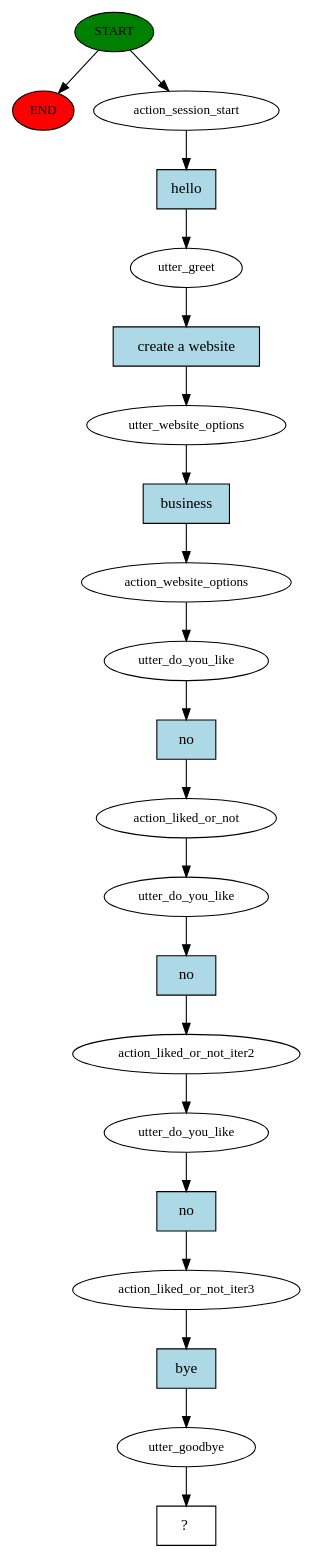
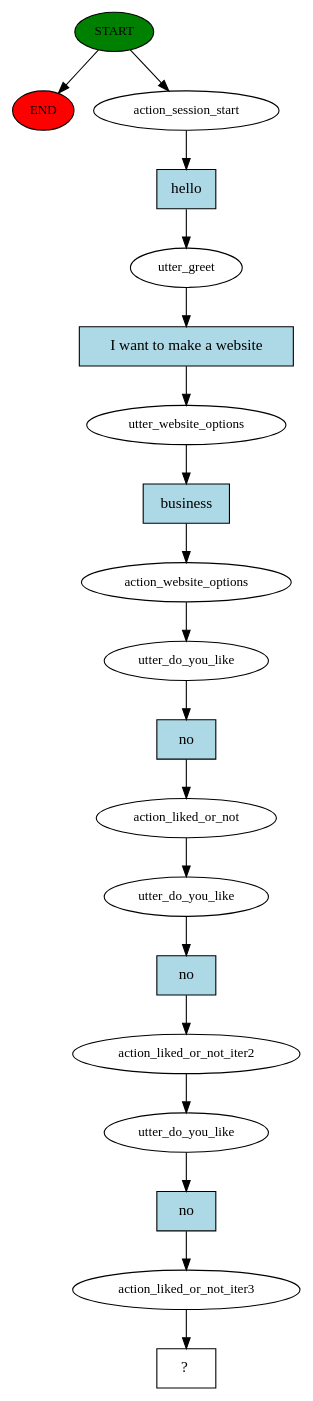
One commit to swetabhmukherjee/gideon-rasa-bot changed the diagram in story_graph.dot. Above: the diagram before and after it, drawn with Graphviz. The commit also changed 18 other files, not shown here.

```diff
--- a/story_graph.dot
+++ b/story_graph.dot
@@ -1,43 +1,39 @@
 digraph  {
 0 [class="start active", fillcolor=green, fontsize=12, label=START, style=filled];
 "-1" [class=end, fillcolor=red, fontsize=12, label=END, style=filled];
 1 [class=active, fontsize=12, label=action_session_start];
 2 [class=active, fontsize=12, label=utter_greet];
 3 [class=active, fontsize=12, label=utter_website_options];
 4 [class=active, fontsize=12, label=action_website_options];
 5 [class=active, fontsize=12, label=utter_do_you_like];
 6 [class=active, fontsize=12, label=action_liked_or_not];
 7 [class=active, fontsize=12, label=utter_do_you_like];
 8 [class=active, fontsize=12, label=action_liked_or_not_iter2];
 9 [class=active, fontsize=12, label=utter_do_you_like];
 10 [class=active, fontsize=12, label=action_liked_or_not_iter3];
-11 [class=active, fontsize=12, label=utter_goodbye];
-12 [class="intent dashed active", label="  ?  ", shape=rect];
-13 [class="intent active", fillcolor=lightblue, label=hello, shape=rect, style=filled];
-14 [class="intent active", fillcolor=lightblue, label="create a website", shape=rect, style=filled];
-15 [class="intent active", fillcolor=lightblue, label=business, shape=rect, style=filled];
+11 [class="intent dashed active", label="  ?  ", shape=rect];
+12 [class="intent active", fillcolor=lightblue, label=hello, shape=rect, style=filled];
+13 [class="intent active", fillcolor=lightblue, label="I want to make a website", shape=rect, style=filled];
+14 [class="intent active", fillcolor=lightblue, label=business, shape=rect, style=filled];
+15 [class="intent active", fillcolor=lightblue, label=no, shape=rect, style=filled];
 16 [class="intent active", fillcolor=lightblue, label=no, shape=rect, style=filled];
 17 [class="intent active", fillcolor=lightblue, label=no, shape=rect, style=filled];
-18 [class="intent active", fillcolor=lightblue, label=no, shape=rect, style=filled];
-19 [class="intent active", fillcolor=lightblue, label=bye, shape=rect, style=filled];
 0 -> "-1"  [class="", key=NONE, label=""];
 0 -> 1  [class=active, key=NONE, label=""];
-1 -> 13  [class=active, key=0];
-2 -> 14  [class=active, key=0];
-3 -> 15  [class=active, key=0];
+1 -> 12  [class=active, key=0];
+2 -> 13  [class=active, key=0];
+3 -> 14  [class=active, key=0];
 4 -> 5  [class=active, key=NONE, label=""];
-5 -> 16  [class=active, key=0];
+5 -> 15  [class=active, key=0];
 6 -> 7  [class=active, key=NONE, label=""];
-7 -> 17  [class=active, key=0];
+7 -> 16  [class=active, key=0];
 8 -> 9  [class=active, key=NONE, label=""];
-9 -> 18  [class=active, key=0];
-10 -> 19  [class=active, key=0];
-11 -> 12  [class=active, key=NONE, label=""];
-13 -> 2  [class=active, key=0];
-14 -> 3  [class=active, key=0];
-15 -> 4  [class=active, key=0];
-16 -> 6  [class=active, key=0];
-17 -> 8  [class=active, key=0];
-18 -> 10  [class=active, key=0];
-19 -> 11  [class=active, key=0];
+9 -> 17  [class=active, key=0];
+10 -> 11  [class=active, key=NONE, label=""];
+12 -> 2  [class=active, key=0];
+13 -> 3  [class=active, key=0];
+14 -> 4  [class=active, key=0];
+15 -> 6  [class=active, key=0];
+16 -> 8  [class=active, key=0];
+17 -> 10  [class=active, key=0];
 }
```
